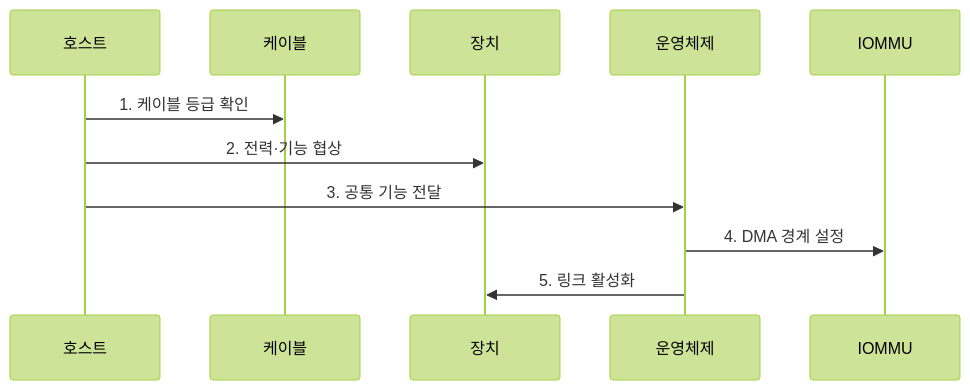
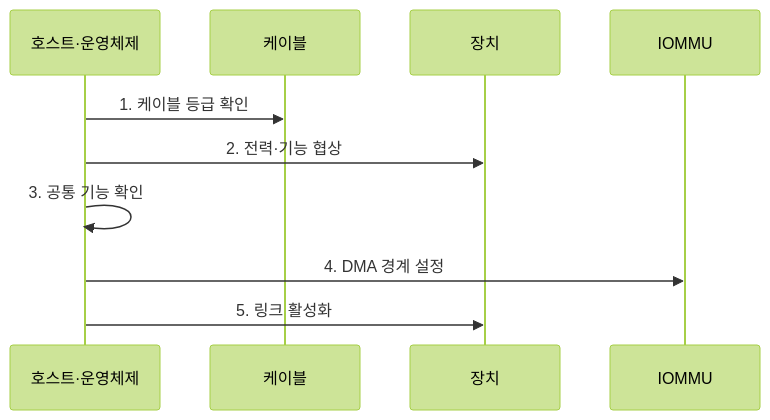
One commit to agnusdei1207/knowledge-base changed the second of 2 diagrams in src/content/docs/notes/02-hardware/088_high_speed_serial_interface.md. Above: the diagram before and after it, drawn with Mermaid (forest theme). The commit also changed other lines of this file and 1 other file, not shown here.

Commit message:
Consolidate interface control roles

````diff
--- a/src/content/docs/notes/02-hardware/088_high_speed_serial_interface.md
+++ b/src/content/docs/notes/02-hardware/088_high_speed_serial_interface.md
@@ -99,13 +99,12 @@
 ```mermaid
 sequenceDiagram
-    participant H as 호스트
+    participant H as 호스트·운영체제
     participant C as 케이블
     participant D as 장치
-    participant O as 운영체제
     participant I as IOMMU
     H->>C: 1. 케이블 등급 확인
     H->>D: 2. 전력·기능 협상
-    H->>O: 3. 공통 기능 전달
-    O->>I: 4. DMA 경계 설정
-    O->>D: 5. 링크 활성화
+    H->>H: 3. 공통 기능 확인
+    H->>I: 4. DMA 경계 설정
+    H->>D: 5. 링크 활성화
 ```
````
